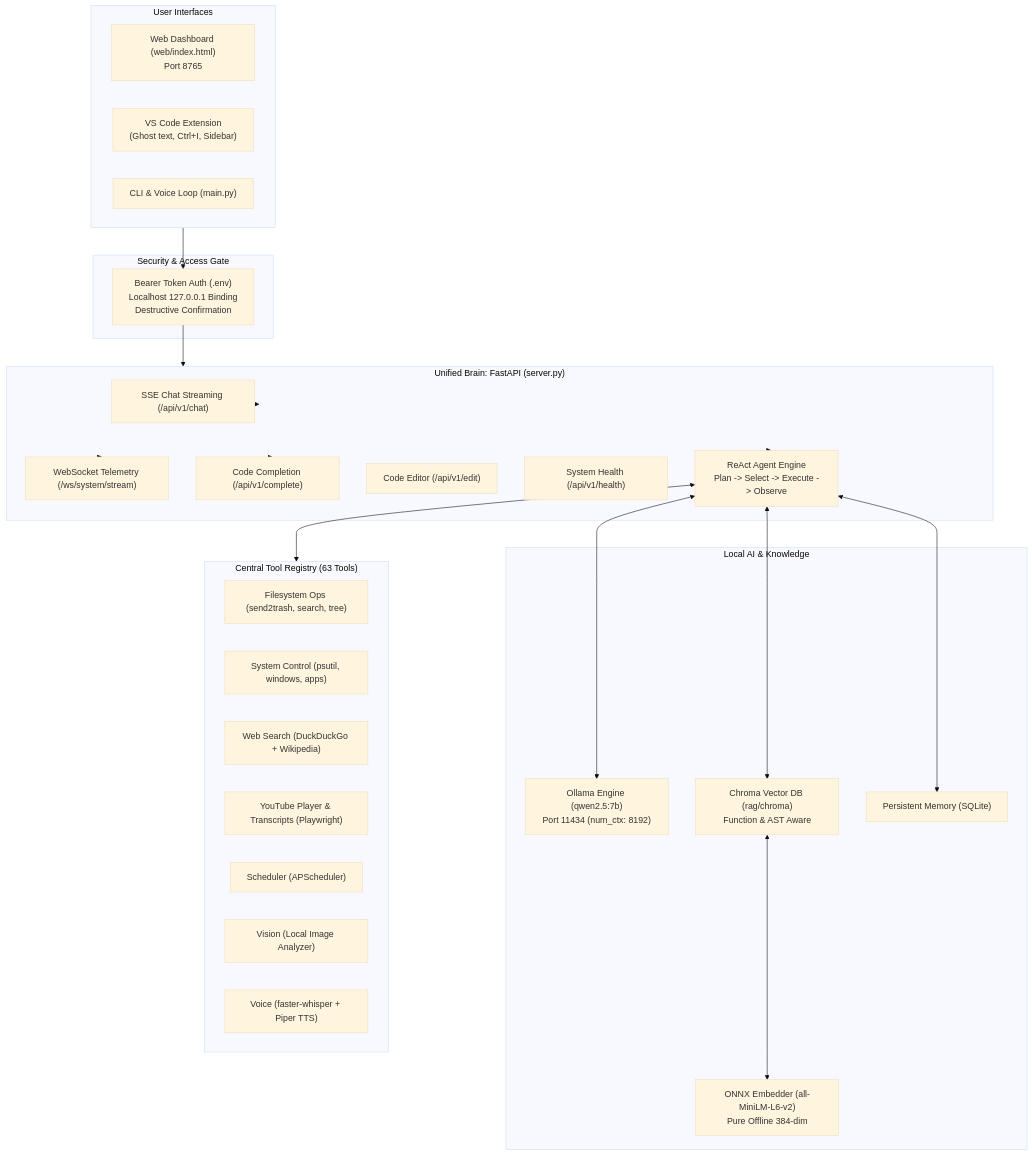
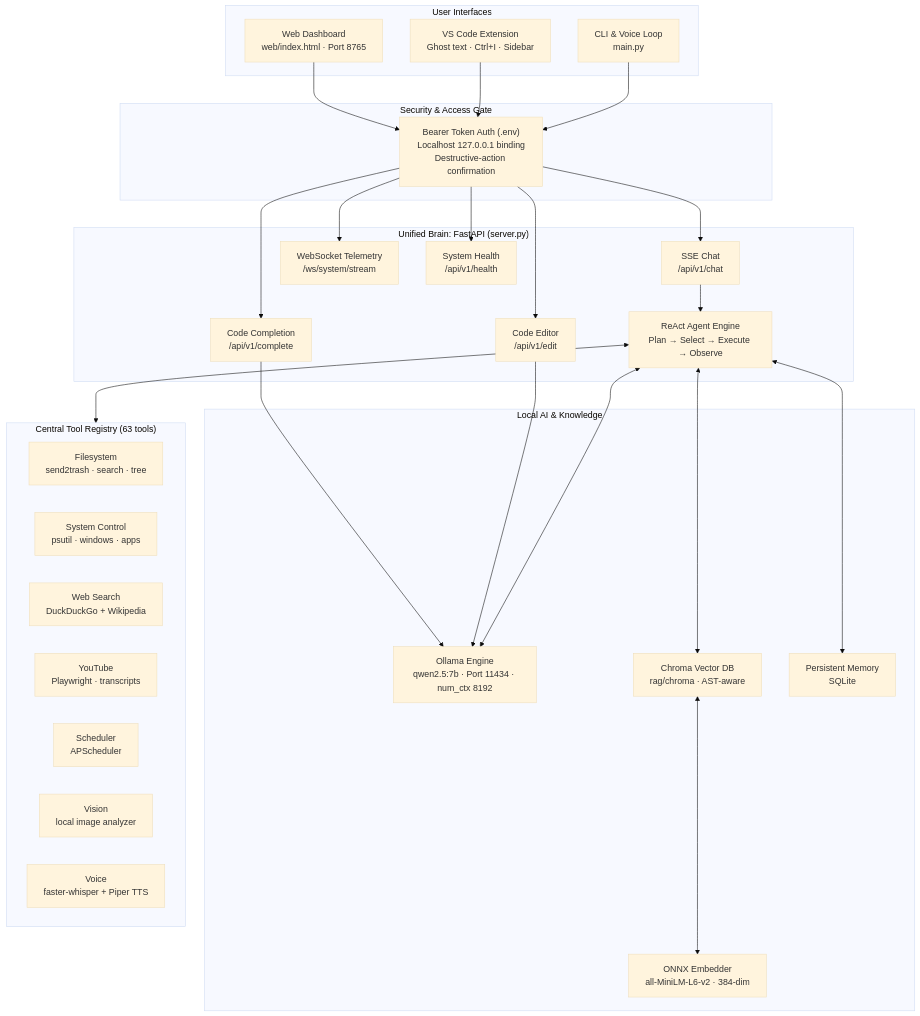
The diagram in README.md (safinulsafin0-byte/Local_AI), drawn with Mermaid (base theme) before and after one commit. The commit also changed other lines of this file, not shown here.

````diff
--- a/README.md
+++ b/README.md
@@ -26,50 +27,57 @@
 ```mermaid
 flowchart TD
     subgraph Clients["User Interfaces"]
-        UI["Web Dashboard (web/index.html)<br/>Port 8765"]
-        VSCode["VS Code Extension<br/>(Ghost text, Ctrl+I, Sidebar)"]
-        CLI["CLI & Voice Loop (main.py)"]
+        UI["Web Dashboard<br/>web/index.html · Port 8765"]
+        VSCode["VS Code Extension<br/>Ghost text · Ctrl+I · Sidebar"]
+        CLI["CLI & Voice Loop<br/>main.py"]
     end
 
     subgraph Security["Security & Access Gate"]
-        Auth["Bearer Token Auth (.env)<br/>Localhost 127.0.0.1 Binding<br/>Destructive Confirmation"]
+        Auth["Bearer Token Auth (.env)<br/>Localhost 127.0.0.1 binding<br/>Destructive-action confirmation"]
     end
 
     subgraph Backend["Unified Brain: FastAPI (server.py)"]
-        SSE["SSE Chat Streaming (/api/v1/chat)"]
-        WS["WebSocket Telemetry (/ws/system/stream)"]
-        FIM["Code Completion (/api/v1/complete)"]
-        Diff["Code Editor (/api/v1/edit)"]
-        Health["System Health (/api/v1/health)"]
-        Agent["ReAct Agent Engine<br/>Plan -> Select -> Execute -> Observe"]
+        SSE["SSE Chat<br/>/api/v1/chat"]
+        WS["WebSocket Telemetry<br/>/ws/system/stream"]
+        FIM["Code Completion<br/>/api/v1/complete"]
+        Diff["Code Editor<br/>/api/v1/edit"]
+        Health["System Health<br/>/api/v1/health"]
+        Agent["ReAct Agent Engine<br/>Plan → Select → Execute → Observe"]
     end
 
     subgraph Intelligence["Local AI & Knowledge"]
-        Ollama["Ollama Engine (qwen2.5:7b)<br/>Port 11434 (num_ctx: 8192)"]
-        ONNX["ONNX Embedder (all-MiniLM-L6-v2)<br/>Pure Offline 384-dim"]
-        Chroma["Chroma Vector DB (rag/chroma)<br/>Function & AST Aware"]
-        Memory["Persistent Memory (SQLite)"]
+        Ollama["Ollama Engine<br/>qwen2.5:7b · Port 11434 · num_ctx 8192"]
+        ONNX["ONNX Embedder<br/>all-MiniLM-L6-v2 · 384-dim"]
+        Chroma["Chroma Vector DB<br/>rag/chroma · AST-aware"]
+        Memory["Persistent Memory<br/>SQLite"]
     end
 
-    subgraph Registry["Central Tool Registry (63 Tools)"]
-        Filesystem["Filesystem Ops (send2trash, search, tree)"]
-        SysControl["System Control (psutil, windows, apps)"]
-        WebSearch["Web Search (DuckDuckGo + Wikipedia)"]
-        YouTube["YouTube Player & Transcripts (Playwright)"]
-        Scheduler["Scheduler (APScheduler)"]
-        Vision["Vision (Local Image Analyzer)"]
-        Voice["Voice (faster-whisper + Piper TTS)"]
+    subgraph Registry["Central Tool Registry (63 tools)"]
+        Filesystem["Filesystem<br/>send2trash · search · tree"]
+        SysControl["System Control<br/>psutil · windows · apps"]
+        WebSearch["Web Search<br/>DuckDuckGo + Wikipedia"]
+        YouTube["YouTube<br/>Playwright · transcripts"]
+        Scheduler["Scheduler<br/>APScheduler"]
+        Vision["Vision<br/>local image analyzer"]
+        Voice["Voice<br/>faster-whisper + Piper TTS"]
     end
 
-    Clients --> Auth
-    Auth --> Backend
-    Backend --> Agent
+    UI --> Auth
+    VSCode --> Auth
+    CLI --> Auth
+    Auth --> SSE
+    Auth --> WS
+    Auth --> FIM
+    Auth --> Diff
+    Auth --> Health
+
+    SSE --> Agent
+    FIM --> Ollama
+    Diff --> Ollama
+
     Agent <--> Ollama
     Agent <--> Registry
     Agent <--> Chroma
     Agent <--> Memory
     Chroma <--> ONNX
-    Backend --> SSE
-    Backend --> WS
-    Backend --> FIM
 ```
````
